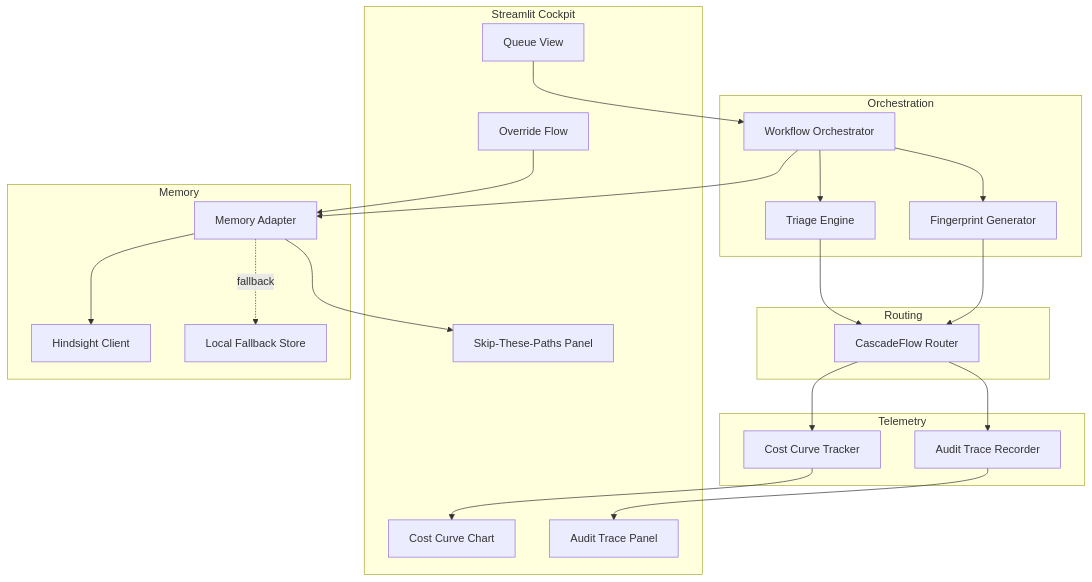
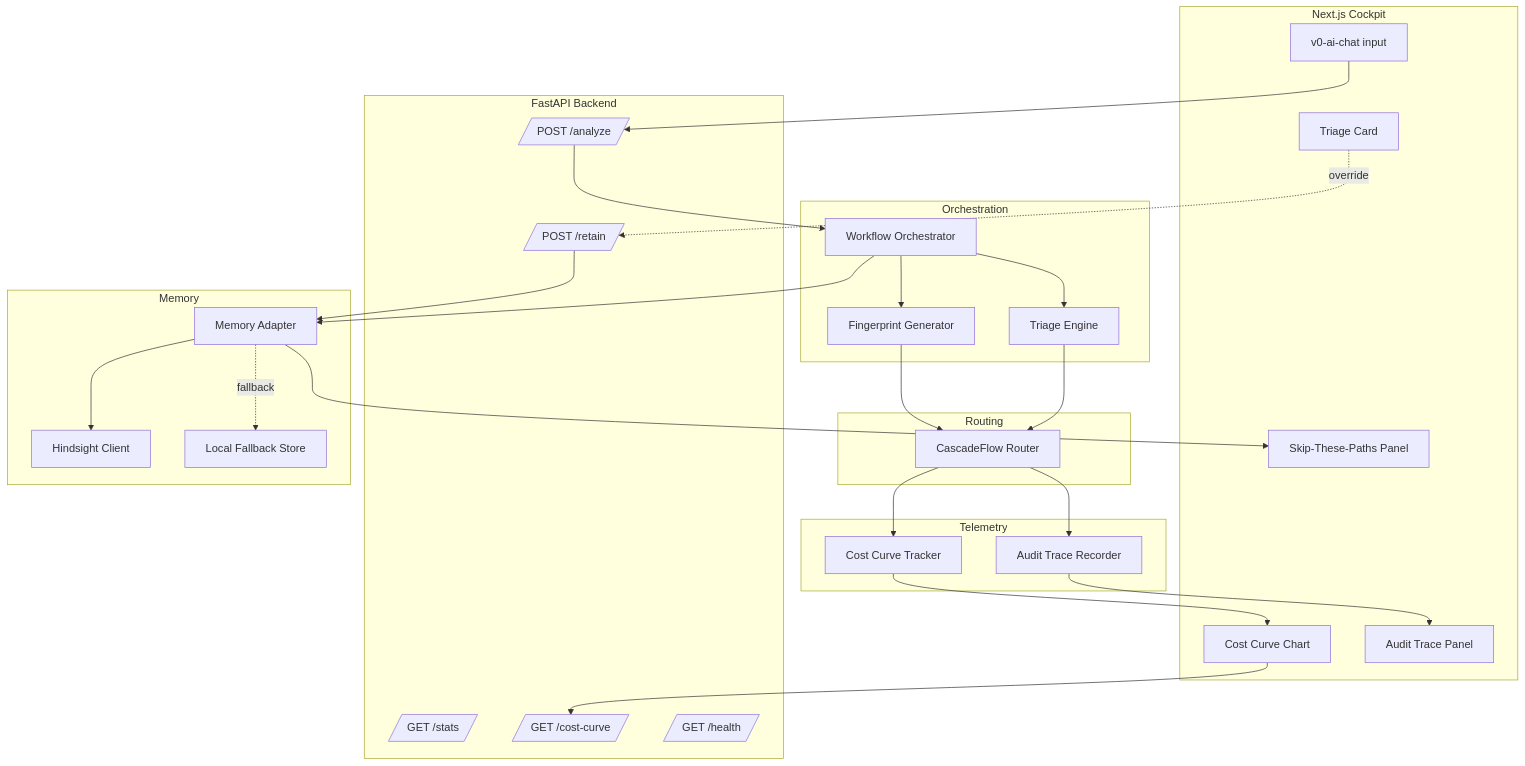
The second of 5 diagrams in docs/ARCHITECTURE.md (Dawn-Fighter/Open-Recall), drawn with Mermaid before and after one commit. The commit also changed other lines of this file and 64 other files, not shown here.

````diff
--- a/docs/ARCHITECTURE.md
+++ b/docs/ARCHITECTURE.md
@@ -38,46 +50,57 @@
 ```mermaid
 flowchart TB
-    subgraph UI [Streamlit Cockpit]
-        QueueView[Queue View]
-        OverrideForm[Override Flow]
+    subgraph UI [Next.js Cockpit]
+        AlertChat[v0-ai-chat input]
+        TriageCard[Triage Card]
         CostChart[Cost Curve Chart]
         AuditPanel[Audit Trace Panel]
         DeadEndsPanel[Skip-These-Paths Panel]
+    end
+
+    subgraph API [FastAPI Backend]
+        Analyze[/POST /analyze/]
+        Retain[/POST /retain/]
+        Stats[/GET /stats/]
+        Curve[/GET /cost-curve/]
+        Health[/GET /health/]
     end
 
     subgraph Orchestration
         Workflow[Workflow Orchestrator]
         FPGen[Fingerprint Generator]
         Triage[Triage Engine]
     end
 
     subgraph Routing
         Router[CascadeFlow Router]
     end
 
     subgraph Memory
         Adapter[Memory Adapter]
         HSClient[Hindsight Client]
         LocalFB[Local Fallback Store]
     end
 
     subgraph Telemetry
         CostTracker[Cost Curve Tracker]
         Audit[Audit Trace Recorder]
     end
 
-    QueueView --> Workflow
-    OverrideForm --> Adapter
+    AlertChat --> Analyze
+    TriageCard -. override .-> Retain
+    CostChart --> Curve
+    Analyze --> Workflow
+    Retain --> Adapter
     Workflow --> FPGen
     FPGen --> Router
     Workflow --> Adapter
     Adapter --> HSClient
     Adapter -. fallback .-> LocalFB
     Workflow --> Triage
     Triage --> Router
     Router --> CostTracker
     Router --> Audit
     Audit --> AuditPanel
     CostTracker --> CostChart
     Adapter --> DeadEndsPanel
 ```
````
